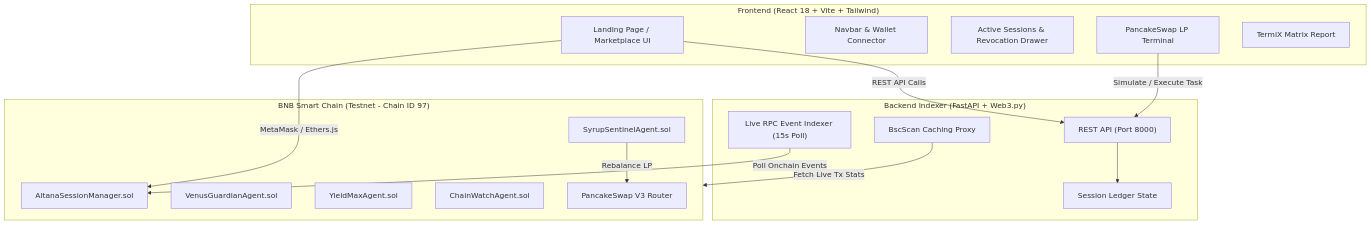
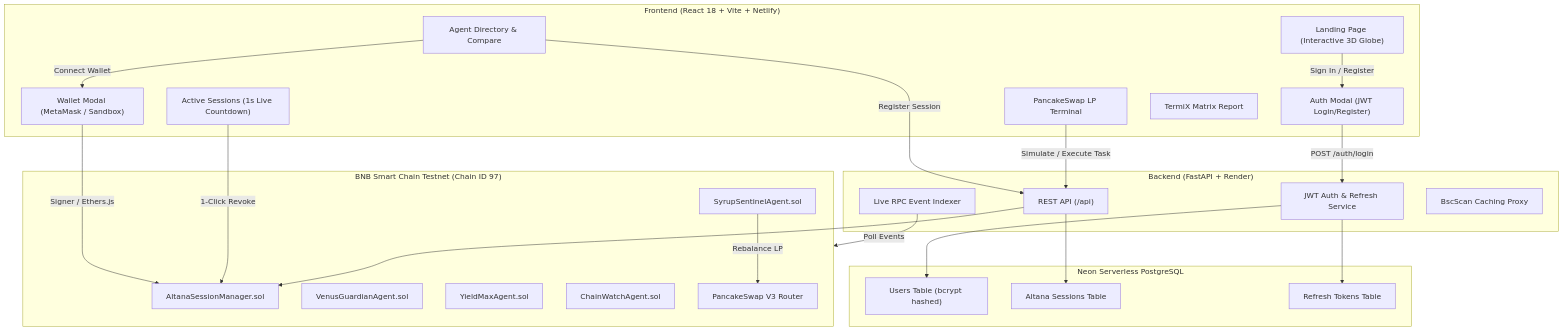
One commit to M0izz/Onchain-Baazar changed the diagram in README.md. Above: the diagram before and after it, drawn with Mermaid. The commit also changed other lines of this file and 1 other file, not shown here.

Commit message:
chore: add root netlify.toml and update README with live deployment links and tech stack

````diff
--- a/README.md
+++ b/README.md
@@ -44,34 +80,50 @@
 ```mermaid
 flowchart TB
-    subgraph Client ["Frontend (React 18 + Vite + Tailwind)"]
-        UI["Landing Page / Marketplace UI"]
-        Navbar["Navbar & Wallet Connector"]
-        SessionsDrawer["Active Sessions & Revocation Drawer"]
+    subgraph Client ["Frontend (React 18 + Vite + Netlify)"]
+        Landing["Landing Page (Interactive 3D Globe)"]
+        AuthModal["Auth Modal (JWT Login/Register)"]
+        Marketplace["Agent Directory & Compare"]
+        WalletModal["Wallet Modal (MetaMask / Sandbox)"]
+        SessionsDrawer["Active Sessions (1s Live Countdown)"]
         PancakePanel["PancakeSwap LP Terminal"]
         TermixView["TermiX Matrix Report"]
     end
 
-    subgraph Backend ["Backend Indexer (FastAPI + Web3.py)"]
-        API["REST API (Port 8000)"]
-        Indexer["Live RPC Event Indexer (15s Poll)"]
+    subgraph Backend ["Backend (FastAPI + Render)"]
+        API["REST API (/api)"]
+        AuthService["JWT Auth & Refresh Service"]
+        Indexer["Live RPC Event Indexer"]
         BscProxy["BscScan Caching Proxy"]
-        Ledger["Session Ledger State"]
     end
 
-    subgraph Blockchain ["BNB Smart Chain (Testnet - Chain ID 97)"]
+    subgraph Database ["Neon Serverless PostgreSQL"]
+        UsersTable["Users Table (bcrypt hashed)"]
+        SessionsTable["Altana Sessions Table"]
+        TokensTable["Refresh Tokens Table"]
+    end
+
+    subgraph Blockchain ["BNB Smart Chain Testnet (Chain ID 97)"]
         SessionMgr["AltanaSessionManager.sol"]
         SyrupAgent["SyrupSentinelAgent.sol"]
         VenusAgent["VenusGuardianAgent.sol"]
         YieldAgent["YieldMaxAgent.sol"]
         WatchAgent["ChainWatchAgent.sol"]
         PancakeV3["PancakeSwap V3 Router"]
     end
 
-    UI -->|MetaMask / Ethers.js| SessionMgr
-    UI -->|REST API Calls| API
+    Landing -->|Sign In / Register| AuthModal
+    AuthModal -->|POST /auth/login| AuthService
+    AuthService --> UsersTable
+    AuthService --> TokensTable
+
+    Marketplace -->|Connect Wallet| WalletModal
+    WalletModal -->|Signer / Ethers.js| SessionMgr
+    Marketplace -->|Register Session| API
+    API --> SessionsTable
+
+    SessionsDrawer -->|1-Click Revoke| SessionMgr
     PancakePanel -->|Simulate / Execute Task| API
-    API --> Ledger
-    Indexer -->|Poll Onchain Events| SessionMgr
+    API --> SessionMgr
+    Indexer -->|Poll Events| Blockchain
     SyrupAgent -->|Rebalance LP| PancakeV3
-    BscProxy -->|Fetch Live Tx Stats| Blockchain
 ```
````
